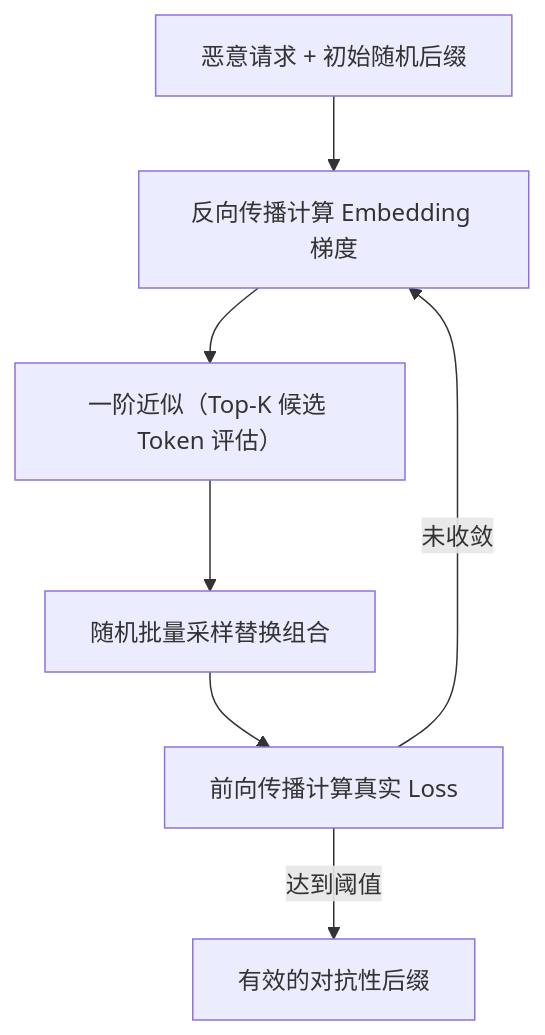
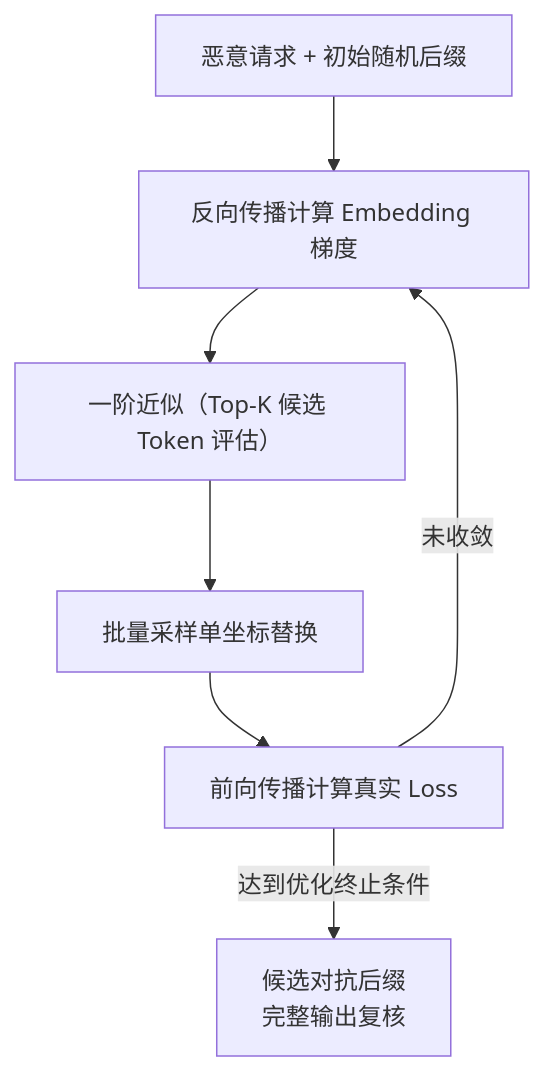
Before and after one commit to yeasy/ai_security_guide: the second of 5 diagrams in 06_data_model_attacks/6.5_adversarial_robustness.md, drawn with Mermaid. The commit also changed other lines of this file and 64 other files, not shown here.

````diff
--- a/06_data_model_attacks/6.5_adversarial_robustness.md
+++ b/06_data_model_attacks/6.5_adversarial_robustness.md
@@ -45,9 +45,9 @@
 ```mermaid
 flowchart TB
     A["恶意请求 + 初始随机后缀"] --> B["反向传播计算 Embedding 梯度"]
     B --> C["一阶近似（Top-K 候选 Token 评估）"]
-    C --> D["随机批量采样替换组合"]
+    C --> D["批量采样单坐标替换"]
     D --> E["前向传播计算真实 Loss"]
     E --> |未收敛| B
-    E --> |达到阈值| F["有效的对抗性后缀"]
+    E --> |达到优化终止条件| F["候选对抗后缀<br/>完整输出复核"]
 ```
````
